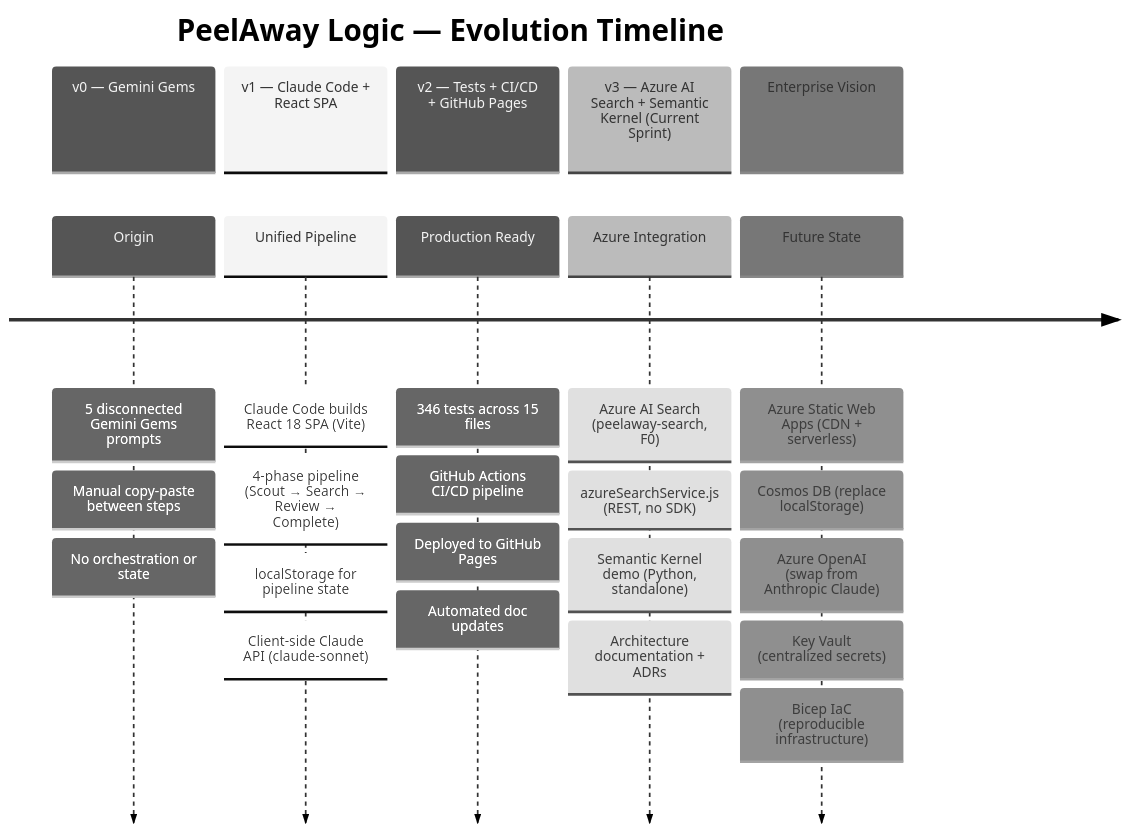
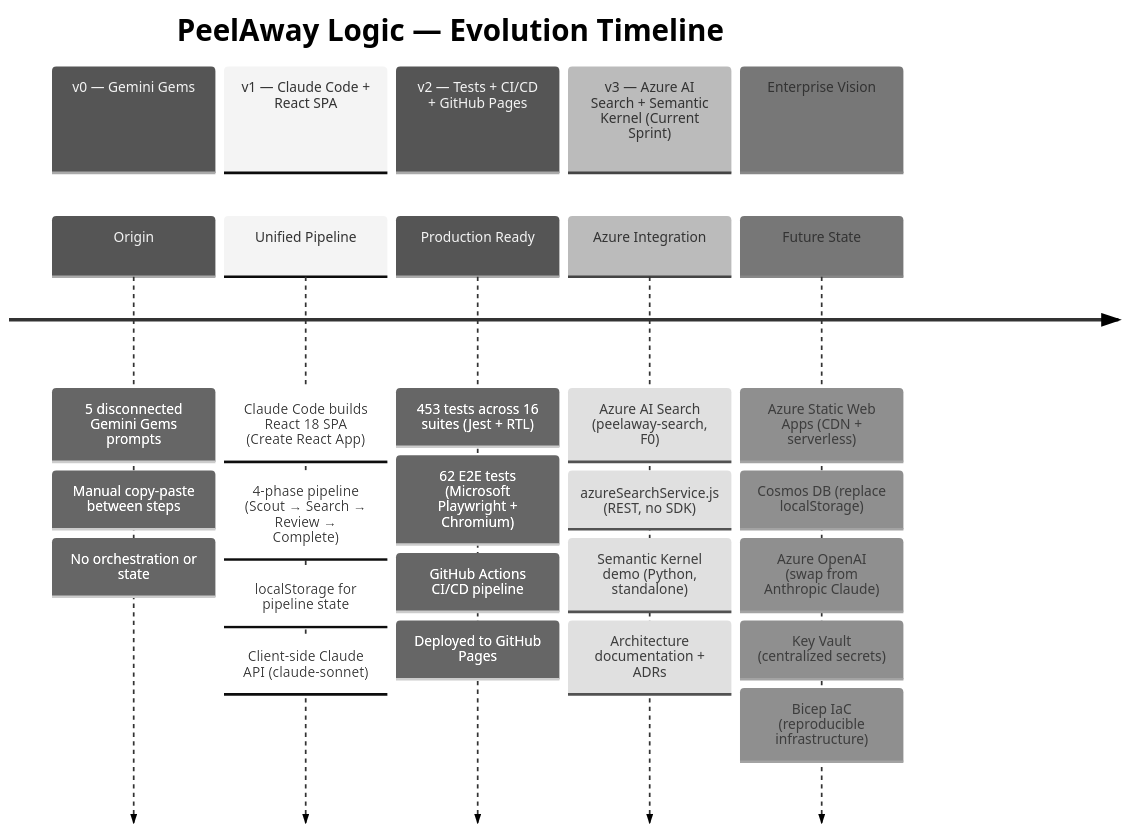
One commit to CarmenReed/PeelAway-Logic-QA changed the fifth of 5 diagrams in docs/architecture/ARCHITECTURE.md. Above: the diagram before and after it, drawn with Mermaid (neutral theme). The commit also changed other lines of this file and 5 other files, not shown here.

First line of the commit message:
docs: add Playwright and Copilot to ecosystem docs, fix Vite and test counts

````diff
--- a/docs/architecture/ARCHITECTURE.md
+++ b/docs/architecture/ARCHITECTURE.md
@@ -194,34 +194,34 @@
 ```mermaid
 timeline
     title PeelAway Logic — Evolution Timeline
 
     section v0 — Gemini Gems
         Origin : 5 disconnected Gemini Gems prompts
                : Manual copy-paste between steps
                : No orchestration or state
 
     section v1 — Claude Code + React SPA
-        Unified Pipeline : Claude Code builds React 18 SPA (Vite)
+        Unified Pipeline : Claude Code builds React 18 SPA (Create React App)
                          : 4-phase pipeline (Scout → Search → Review → Complete)
                          : localStorage for pipeline state
                          : Client-side Claude API (claude-sonnet)
 
     section v2 — Tests + CI/CD + GitHub Pages
-        Production Ready : 346 tests across 15 files
+        Production Ready : 453 tests across 16 suites (Jest + RTL)
+                         : 62 E2E tests (Microsoft Playwright + Chromium)
                          : GitHub Actions CI/CD pipeline
                          : Deployed to GitHub Pages
-                         : Automated doc updates
 
     section v3 — Azure AI Search + Semantic Kernel (Current Sprint)
         Azure Integration : Azure AI Search (peelaway-search, F0)
                           : azureSearchService.js (REST, no SDK)
                           : Semantic Kernel demo (Python, standalone)
                           : Architecture documentation + ADRs
 
     section Enterprise Vision
         Future State : Azure Static Web Apps (CDN + serverless)
                      : Cosmos DB (replace localStorage)
                      : Azure OpenAI (swap from Anthropic Claude)
                      : Key Vault (centralized secrets)
                      : Bicep IaC (reproducible infrastructure)
 ```
````
